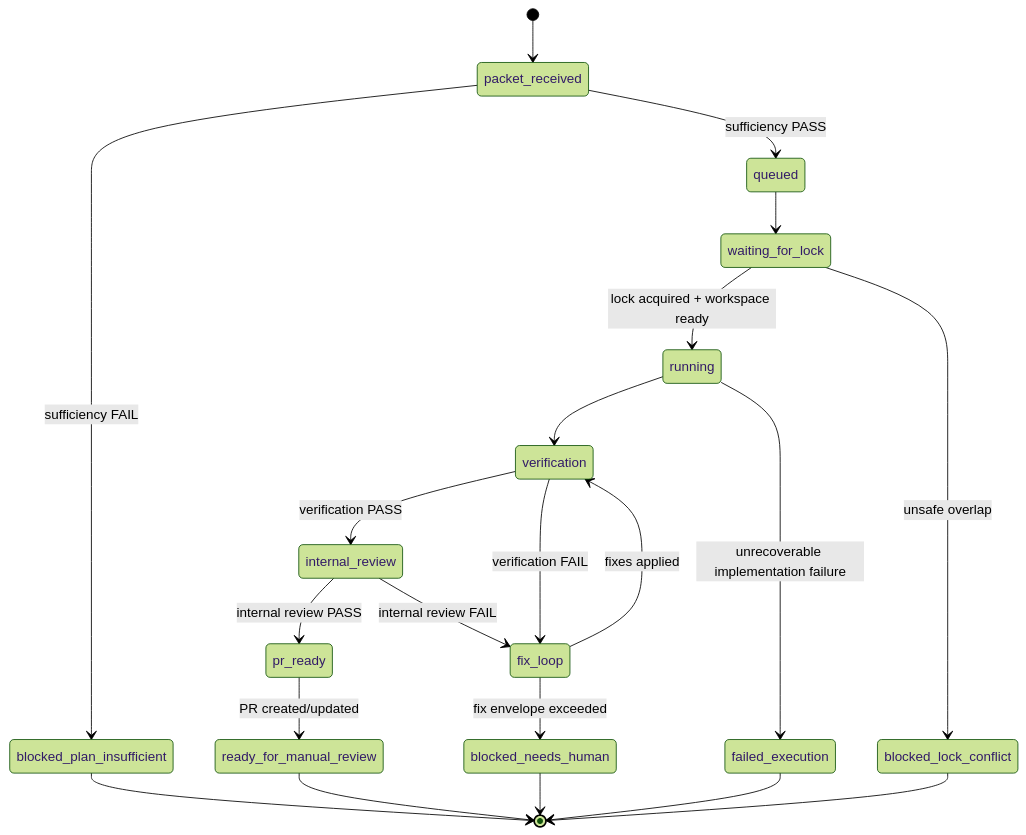
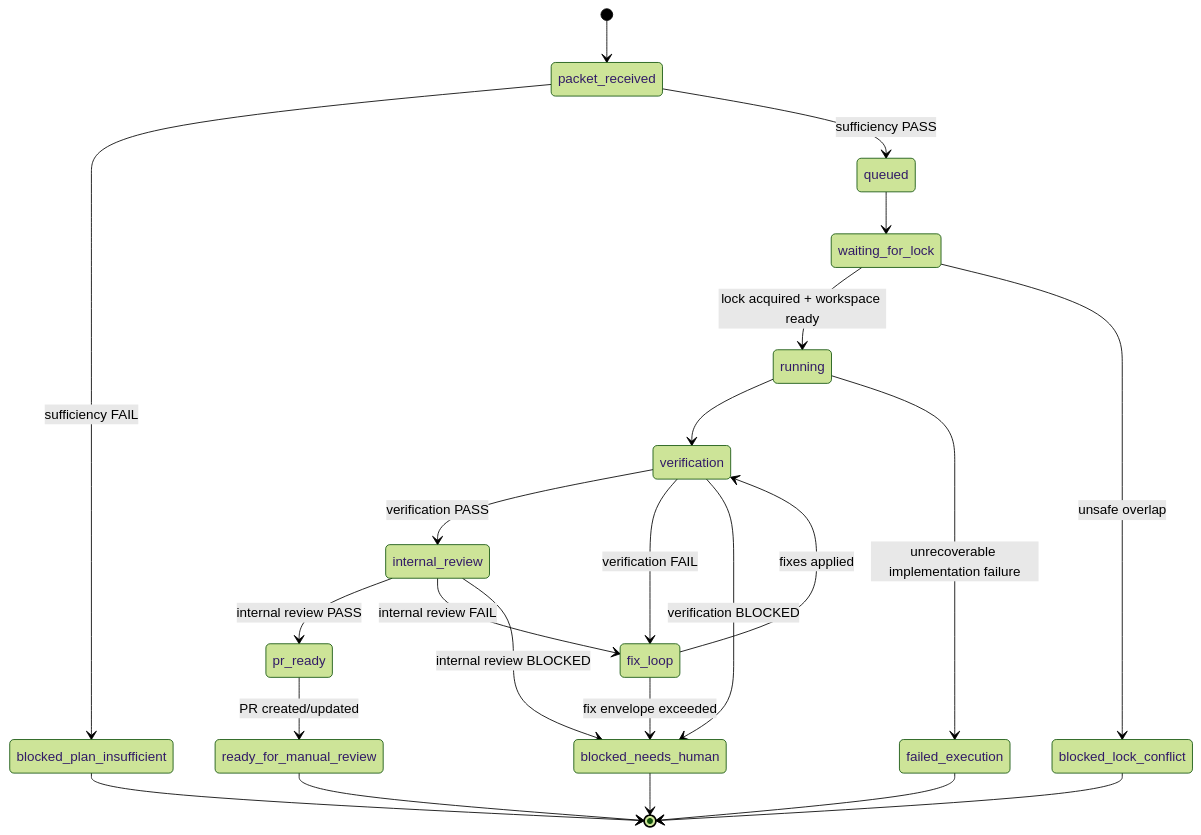
Before and after one commit to MrFlashAccount/Buran: the diagram in docs/state-machine.md, drawn with Mermaid (forest theme). The commit also changed other lines of this file and 10 other files, not shown here.

Commit message:
Implement Buran internal review gate adapter

````diff
--- a/docs/state-machine.md
+++ b/docs/state-machine.md
@@ -11,23 +11,25 @@
 ```mermaid
 stateDiagram-v2
   [*] --> packet_received
   packet_received --> blocked_plan_insufficient: sufficiency FAIL
   packet_received --> queued: sufficiency PASS
   queued --> waiting_for_lock
   waiting_for_lock --> running: lock acquired + workspace ready
   waiting_for_lock --> blocked_lock_conflict: unsafe overlap
   running --> verification
   running --> failed_execution: unrecoverable implementation failure
   verification --> internal_review: verification PASS
   verification --> fix_loop: verification FAIL
+  verification --> blocked_needs_human: verification BLOCKED
   internal_review --> pr_ready: internal review PASS
   internal_review --> fix_loop: internal review FAIL
+  internal_review --> blocked_needs_human: internal review BLOCKED
   fix_loop --> verification: fixes applied
   fix_loop --> blocked_needs_human: fix envelope exceeded
   pr_ready --> ready_for_manual_review: PR created/updated
   ready_for_manual_review --> [*]
   blocked_plan_insufficient --> [*]
   blocked_lock_conflict --> [*]
   blocked_needs_human --> [*]
   failed_execution --> [*]
 ```
````
